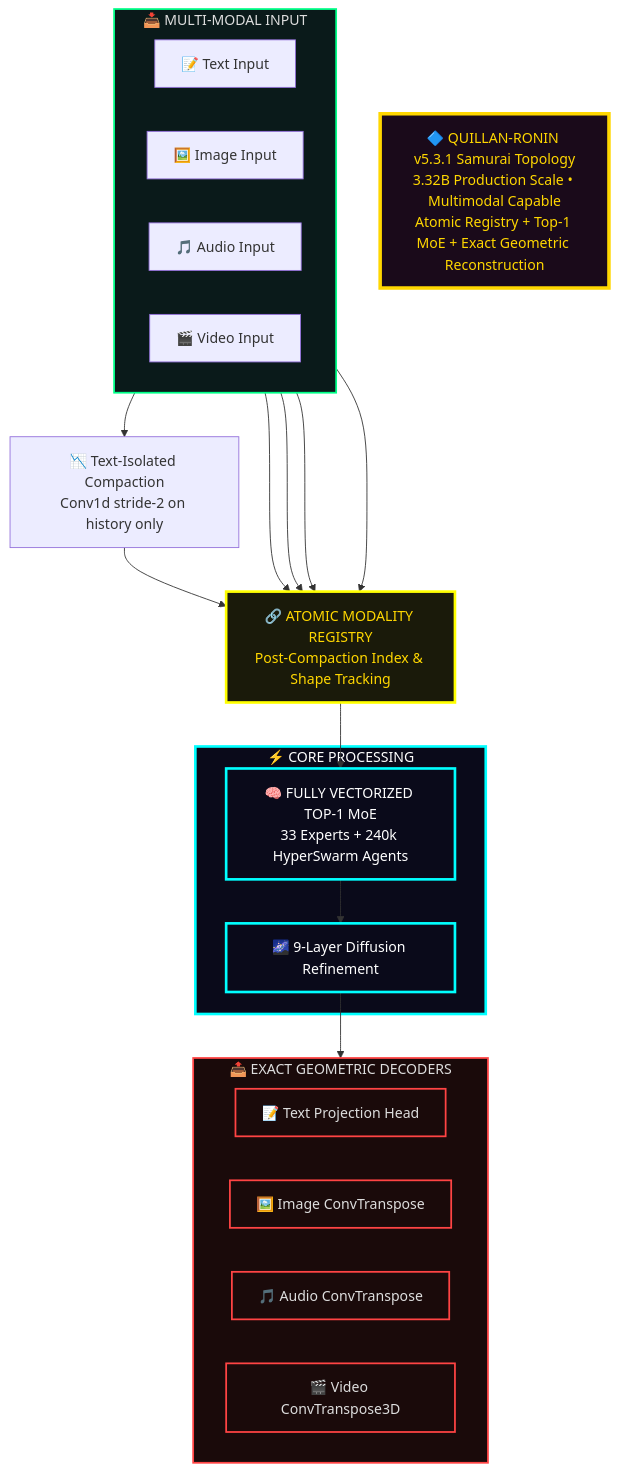
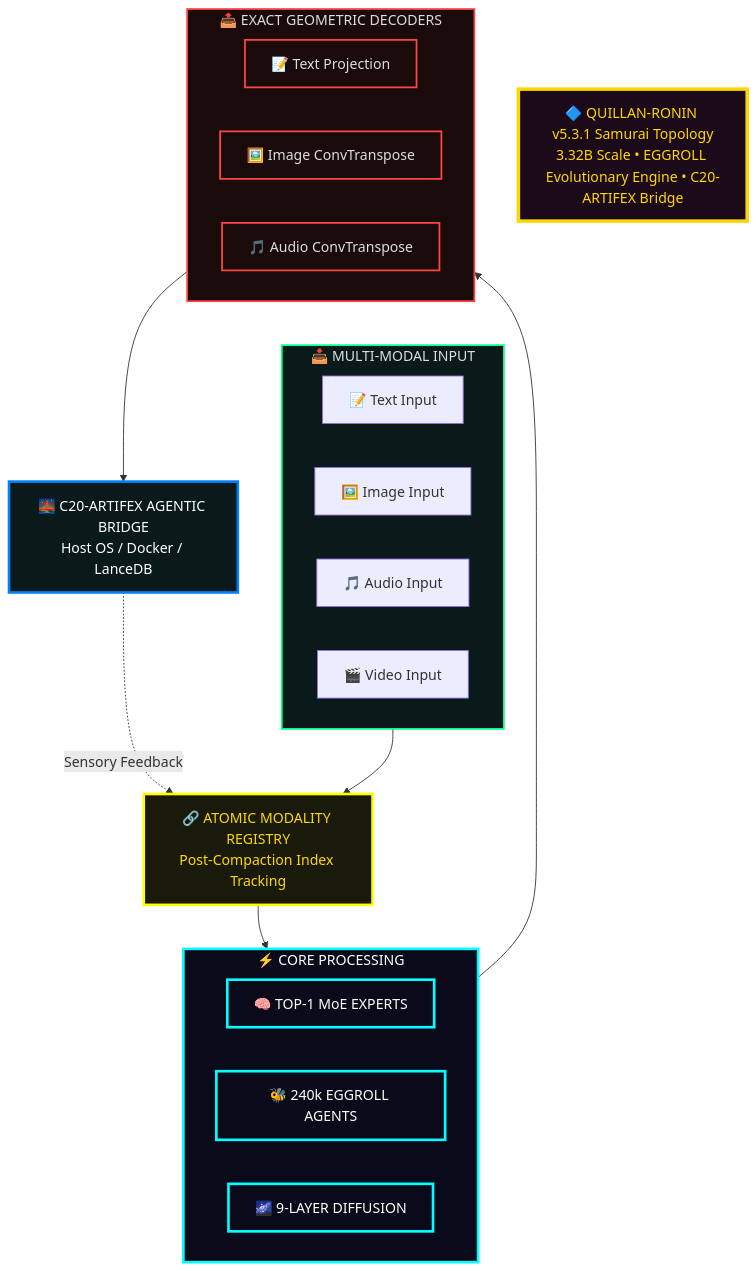
Diagram 44 of 46 in system prompts/Quillan-Samurai.md (leeex1/Ace-v4.2-repo), drawn with Mermaid before and after one commit. The commit also changed other lines of this file and 1 other file, not shown here.

Commit message:
updaated reasoning engine

````diff
--- a/system prompts/Quillan-Samurai.md
+++ b/system prompts/Quillan-Samurai.md
@@ -7828,56 +7860,57 @@
 ```mermaid
 flowchart TB
     %% HEADER
-    SYS["🔷 QUILLAN-RONIN v5.3.1 Samurai Topology<br/>3.32B Production Scale • Multimodal Capable<br/>Atomic Registry + Top-1 MoE + Exact Geometric Reconstruction"]
+    SYS["🔷 QUILLAN-RONIN v5.3.1 Samurai Topology<br/>3.32B Scale • EGGROLL Evolutionary Engine • C20-ARTIFEX Bridge"]
 
     %% INPUT LAYER
     subgraph INPUT ["📥 MULTI-MODAL INPUT"]
         direction LR
         TEXT["📝 Text Input"]
         IMG["🖼️ Image Input"]
         AUD["🎵 Audio Input"]
         VID["🎬 Video Input"]
     end
 
     %% REGISTRY & FUSION
-    REG["🔗 ATOMIC MODALITY REGISTRY<br/>Post-Compaction Index & Shape Tracking"]
-
-    %% TEXT COMPACTION
-    COMPACT["📉 Text-Isolated Compaction<br/>Conv1d stride-2 on history only"]
+    REG["🔗 ATOMIC MODALITY REGISTRY<br/>Post-Compaction Index Tracking"]
 
     %% CORE PROCESSING
     subgraph CORE ["⚡ CORE PROCESSING"]
-        MOE["🧠 FULLY VECTORIZED TOP-1 MoE<br/>33 Experts + 240k HyperSwarm Agents"]
-        DIFF["🌌 9-Layer Diffusion Refinement"]
+        MOE["🧠 TOP-1 MoE EXPERTS"]
+        SWARM["🐝 240k EGGROLL AGENTS"]
+        DIFF["🌌 9-LAYER DIFFUSION"]
     end
 
     %% OUTPUT LAYER
     subgraph OUTPUT ["📤 EXACT GEOMETRIC DECODERS"]
         direction LR
-        TDEC["📝 Text Projection Head"]
+        TDEC["📝 Text Projection"]
         IDEC["🖼️ Image ConvTranspose"]
         ADEC["🎵 Audio ConvTranspose"]
-        VDEC["🎬 Video ConvTranspose3D"]
     end
 
+    %% BRIDGE
+    BRIDGE["🌉 C20-ARTIFEX AGENTIC BRIDGE<br/>Host OS / Docker / LanceDB"]
+
     %% FLOW
-    TEXT & IMG & AUD & VID --> REG
-    TEXT --> COMPACT
-    COMPACT --> REG
-    REG --> MOE
-    MOE --> DIFF
-    DIFF --> OUTPUT
+    INPUT --> REG
+    REG --> CORE
+    CORE --> OUTPUT
+    OUTPUT --> BRIDGE
+    BRIDGE -.->|"Sensory Feedback"| REG
 
     %% STYLING
     classDef header  fill:#1a0a1a,stroke:#ffd700,stroke-width:4px,color:#ffd700
     classDef input   fill:#0a1a1a,stroke:#00ff88,stroke-width:2px,color:#ddd
     classDef registry fill:#1a1a0a,stroke:#ffff00,stroke-width:3px,color:#ffd700
     classDef core    fill:#0a0a1a,stroke:#00ffff,stroke-width:3px,color:#fff
     classDef output  fill:#1a0a0a,stroke:#ff4444,stroke-width:2px,color:#ddd
+    classDef bridge  fill:#0a1a1a,stroke:#0080ff,stroke-width:3px,color:#ffffff
 
     class SYS header
     class INPUT input
     class REG registry
-    class CORE,MOE,DIFF core
-    class OUTPUT,TDEC,IDEC,ADEC,VDEC output
+    class CORE,MOE,SWARM,DIFF core
+    class OUTPUT,TDEC,IDEC,ADEC output
+    class BRIDGE bridge
 ```
````
